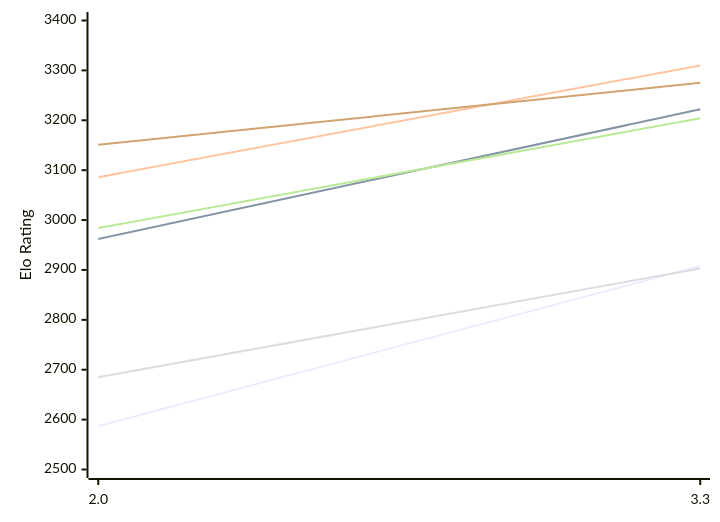
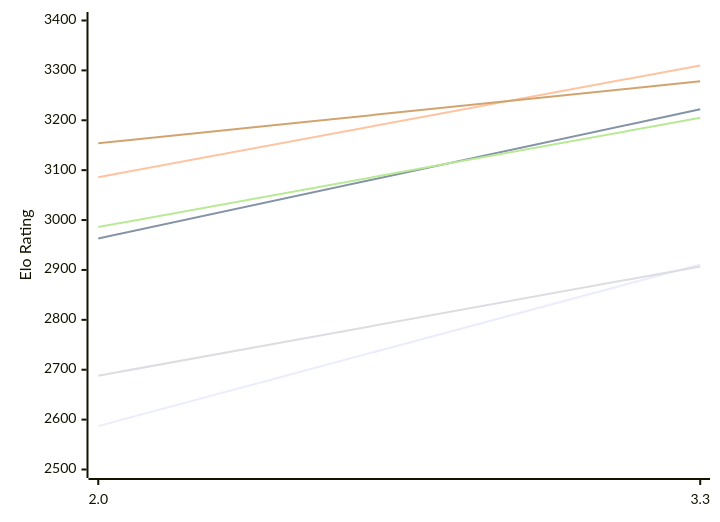
Before and after one commit to computer-chess-index/cci: the first of 2 diagrams in engines/Ceylondemon.md, drawn with Mermaid. The commit also changed other lines of this file, not shown here.

Commit message:
Update CCI Ratings (ELO VLTC) - 2026-11-24

````diff
--- a/engines/Ceylondemon.md
+++ b/engines/Ceylondemon.md
@@ -50,12 +50,12 @@
 ```mermaid
 %%{init: {"theme":"base","themeVariables":{"seriesColors:['#a3a3a3','#222221','#faa371']}}}%%
 xychart-beta
   x-axis ["2.0", "3.3"]
   y-axis "Elo Rating" 2500 --> 3400
-  line "E1: STC (8.0+0.08s)" [2587, 2908]
-  line "E1: LTC (60.0+0.60s)" [2962, 3222]
+  line "E1: STC (8.0+0.08s)" [2587, 2911]
+  line "E1: LTC (60.0+0.60s)" [2963, 3222]
   line "E1: VLTC (2m24s+1.12s)" [3086, 3310]
-  line "P1: STC (8.0+0.08s)" [2685, 2903]
-  line "P1: LTC (60.0+0.60s)" [2984, 3204]
-  line "P1: VLTC (2m24s+1.12s)" [3151, 3275]
+  line "P1: STC (8.0+0.08s)" [2688, 2907]
+  line "P1: LTC (60.0+0.60s)" [2986, 3205]
+  line "P1: VLTC (2m24s+1.12s)" [3154, 3278]
 ```
````
